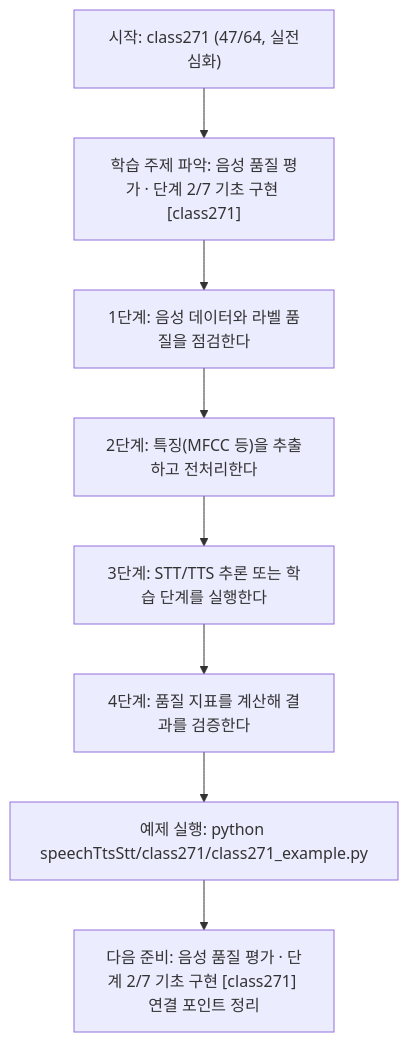
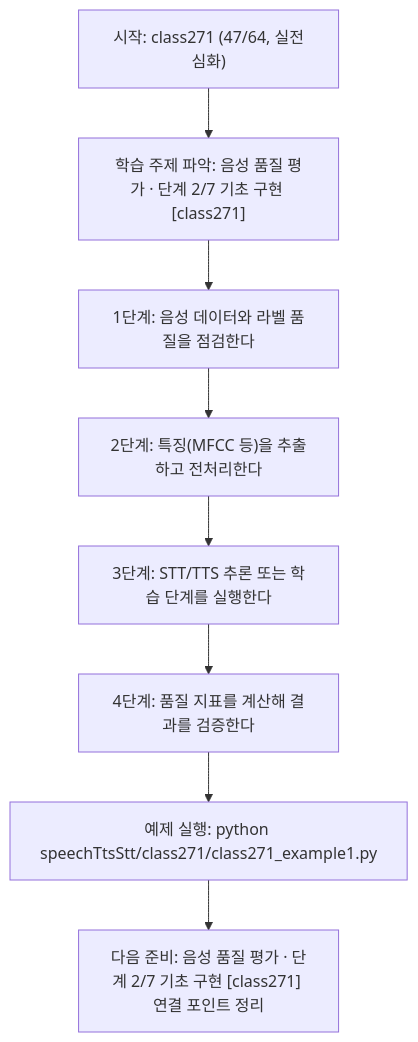
The diagram in speechTtsStt/class271/class271.md (edumgt/Python-AI_Agent-Class), drawn with Mermaid before and after one commit. The commit also changed other lines of this file and 2959 other files, not shown here.

````diff
--- a/speechTtsStt/class271/class271.md
+++ b/speechTtsStt/class271/class271.md
@@ -114,18 +114,18 @@
 ```mermaid
 flowchart TD
 N1["시작: class271 (47/64, 실전심화)"]
 N2["학습 주제 파악: 음성 품질 평가 · 단계 2/7 기초 구현 [class271]"]
 N3["1단계: 음성 데이터와 라벨 품질을 점검한다"]
 N4["2단계: 특징(MFCC 등)을 추출하고 전처리한다"]
 N5["3단계: STT/TTS 추론 또는 학습 단계를 실행한다"]
 N6["4단계: 품질 지표를 계산해 결과를 검증한다"]
-N7["예제 실행: python speechTtsStt/class271/class271_example.py"]
+N7["예제 실행: python speechTtsStt/class271/class271_example1.py"]
 N8["다음 준비: 음성 품질 평가 · 단계 2/7 기초 구현 [class271] 연결 포인트 정리"]
 N1 --> N2
 N2 --> N3
 N3 --> N4
 N4 --> N5
 N5 --> N6
 N6 --> N7
 N7 --> N8
 ```
````
